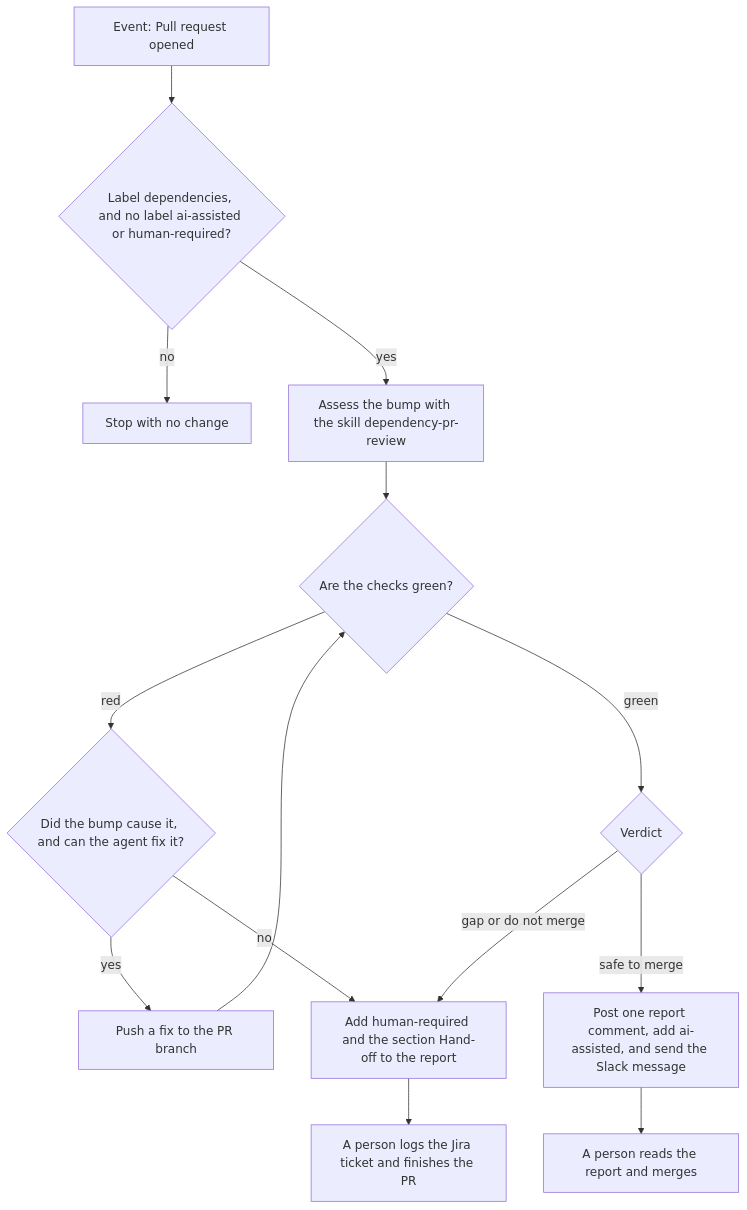
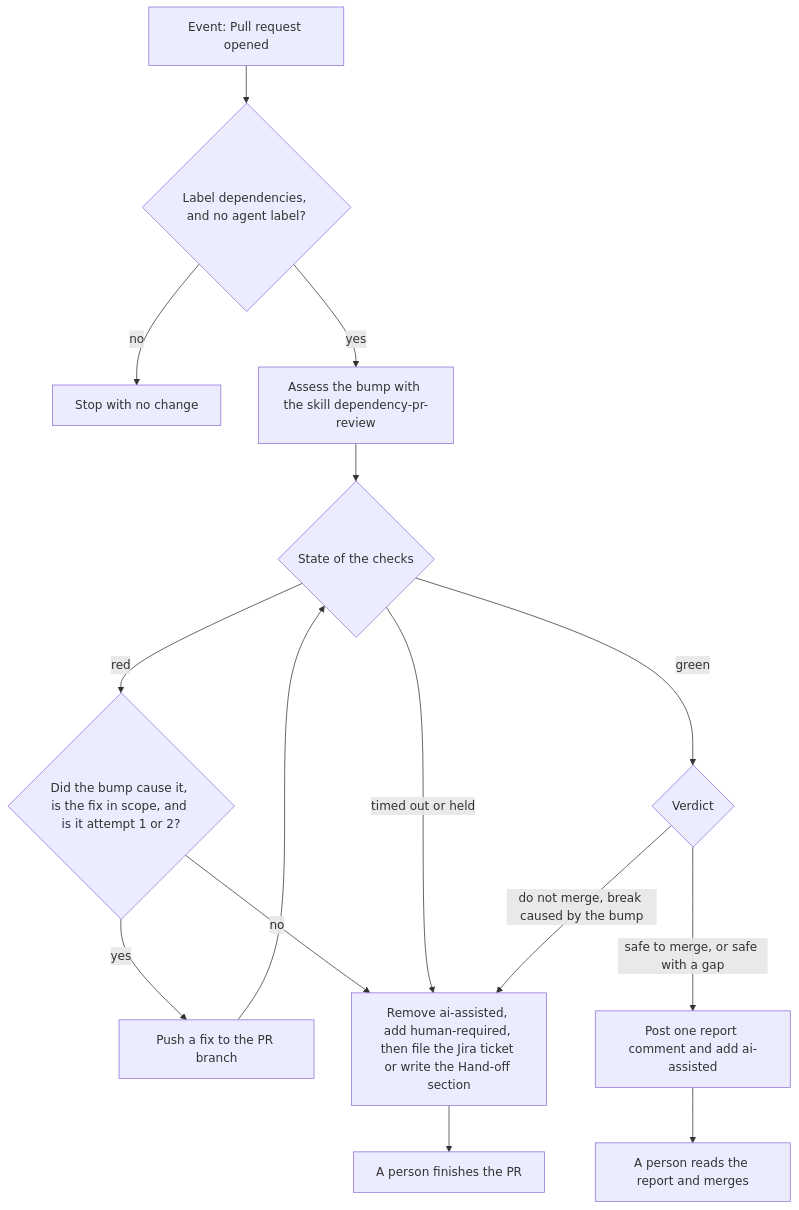
One commit to Unique-AG/connectors changed the first of 3 diagrams in docs/security/dependencies.md. Above: the diagram before and after it, drawn with Mermaid. The commit also changed other lines of this file and 1 other file, not shown here.

Commit message:
docs(main): align the agent docs with the skill labels, Slack, and Jira steps

````diff
--- a/docs/security/dependencies.md
+++ b/docs/security/dependencies.md
@@ -31,16 +31,17 @@
 ```mermaid
 flowchart TD
-  opened[Event: Pull request opened] --> labels{"Label dependencies, and no label ai-assisted or human-required?"}
+  opened[Event: Pull request opened] --> labels{"Label dependencies, and no agent label?"}
   labels -->|no| stop[Stop with no change]
   labels -->|yes| assess[Assess the bump with the skill dependency-pr-review]
-  assess --> ci{Are the checks green?}
-  ci -->|red| cause{Did the bump cause it, and can the agent fix it?}
+  assess --> ci{State of the checks}
+  ci -->|green| verdict{Verdict}
+  ci -->|red| cause{"Did the bump cause it, is the fix in scope, and is it attempt 1 or 2?"}
   cause -->|yes| fix[Push a fix to the PR branch]
   fix --> ci
-  cause -->|no| handoff[Add human-required and the section Hand-off to the report]
-  ci -->|green| verdict{Verdict}
-  verdict -->|safe to merge| report[Post one report comment, add ai-assisted, and send the Slack message]
-  verdict -->|gap or do not merge| handoff
+  cause -->|no| handoff["Remove ai-assisted, add human-required, then file the Jira ticket or write the Hand-off section"]
+  ci -->|timed out or held| handoff
+  verdict -->|safe to merge, or safe with a gap| report[Post one report comment and add ai-assisted]
+  verdict -->|do not merge, break caused by the bump| handoff
   report --> merge[A person reads the report and merges]
-  handoff --> ticket[A person logs the Jira ticket and finishes the PR]
+  handoff --> finish[A person finishes the PR]
 ```
````
